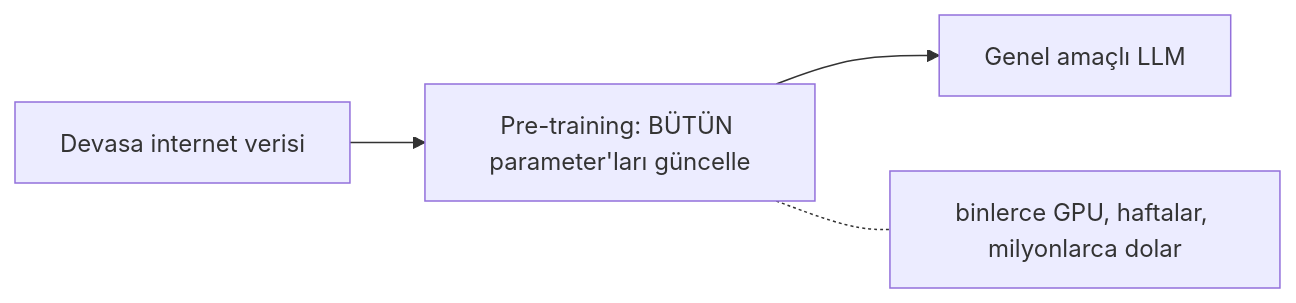
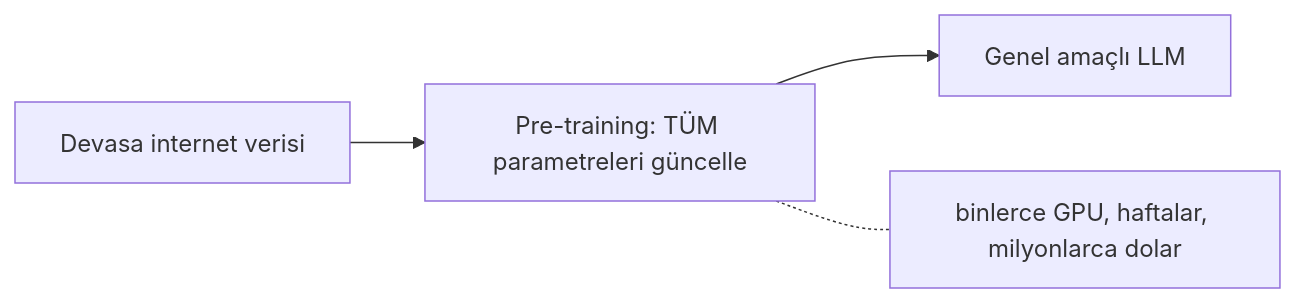
The first of 4 diagrams in mini-courses/1_fundamentals/training_tr.md (lokumai/ai-engineering-bazaar), drawn with Mermaid before and after one commit. The commit also changed other lines of this file and 63 other files, not shown here.

````diff
--- a/mini-courses/1_fundamentals/training_tr.md
+++ b/mini-courses/1_fundamentals/training_tr.md
@@ -38,6 +35,6 @@
 ```mermaid
 graph LR
-    A["Devasa internet verisi"] --> B["Pre-training: BÜTÜN parameter'ları güncelle"]
+    A["Devasa internet verisi"] --> B["Pre-training: TÜM parametreleri güncelle"]
     B --> C["Genel amaçlı LLM"]
     B -.- D["binlerce GPU, haftalar, milyonlarca dolar"]
 ```
````
